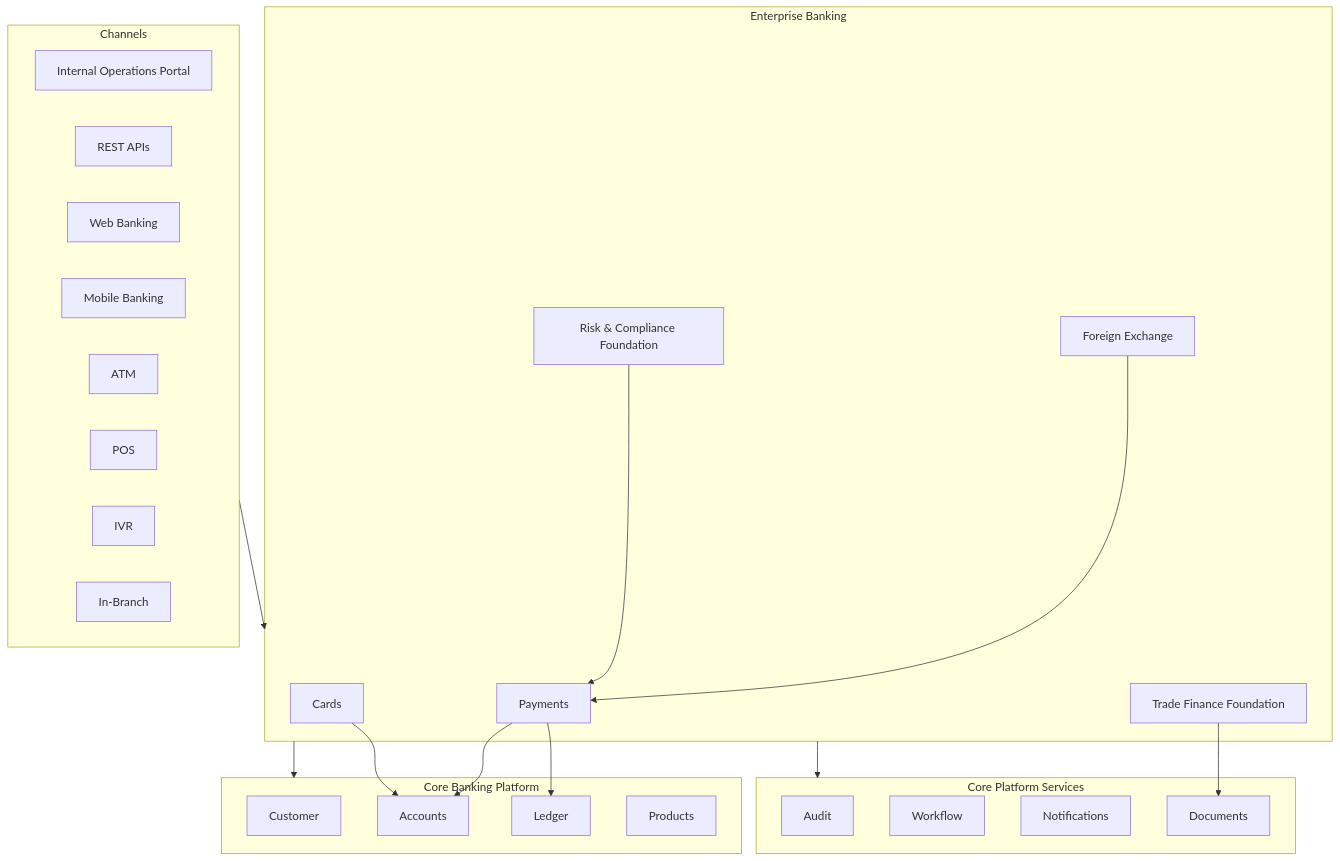
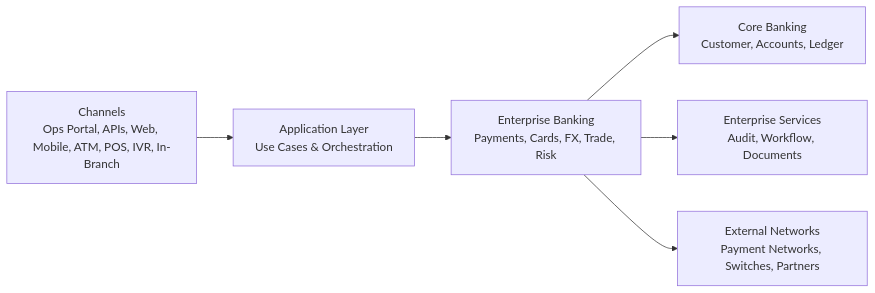
One commit to VishChandran/epos changed the fifth of 8 diagrams in docs/architecture/software-architecture.md. Above: the diagram before and after it, drawn with Mermaid. The commit also changed other lines of this file, not shown here.

Commit message:
docs(architecture): simplify interim architecture diagrams

````diff
--- a/docs/architecture/software-architecture.md
+++ b/docs/architecture/software-architecture.md
@@ -216,46 +150,15 @@
 ```mermaid
-flowchart TB
+flowchart LR
+    Channels[Channels<br/>Ops Portal, APIs, Web, Mobile, ATM, POS, IVR, In-Branch]
+    Apps[Application Layer<br/>Use Cases & Orchestration]
+    Banking[Enterprise Banking<br/>Payments, Cards, FX, Trade, Risk]
+    Core[Core Banking<br/>Customer, Accounts, Ledger]
+    Services[Enterprise Services<br/>Audit, Workflow, Documents]
+    External[External Networks<br/>Payment Networks, Switches, Partners]
 
-subgraph Channels
-    OpsPortal[Internal Operations Portal]
-    REST[REST APIs]
-    Web[Web Banking]
-    Mobile[Mobile Banking]
-    ATM[ATM]
-    POS[POS]
-    IVR[IVR]
-    InBranch[In-Branch]
-end
-
-subgraph EnterpriseBanking[Enterprise Banking]
-    Payments[Payments]
-    Cards[Cards]
-    FX[Foreign Exchange]
-    TradeFoundation[Trade Finance Foundation]
-    RiskFoundation[Risk & Compliance Foundation]
-end
-
-subgraph CoreBanking[Core Banking Platform]
-    Customer[Customer]
-    Accounts[Accounts]
-    Ledger[Ledger]
-    Products[Products]
-end
-
-subgraph CorePlatformServices[Core Platform Services]
-    Audit[Audit]
-    Workflow[Workflow]
-    Notifications[Notifications]
-    Documents[Documents]
-end
-
-Channels --> EnterpriseBanking
-EnterpriseBanking --> CoreBanking
-EnterpriseBanking --> CorePlatformServices
-Payments --> Accounts
-Payments --> Ledger
-Cards --> Accounts
-FX --> Payments
-TradeFoundation --> Documents
-RiskFoundation --> Payments
+    Channels --> Apps
+    Apps --> Banking
+    Banking --> Core
+    Banking --> Services
+    Banking --> External
 ```
````
